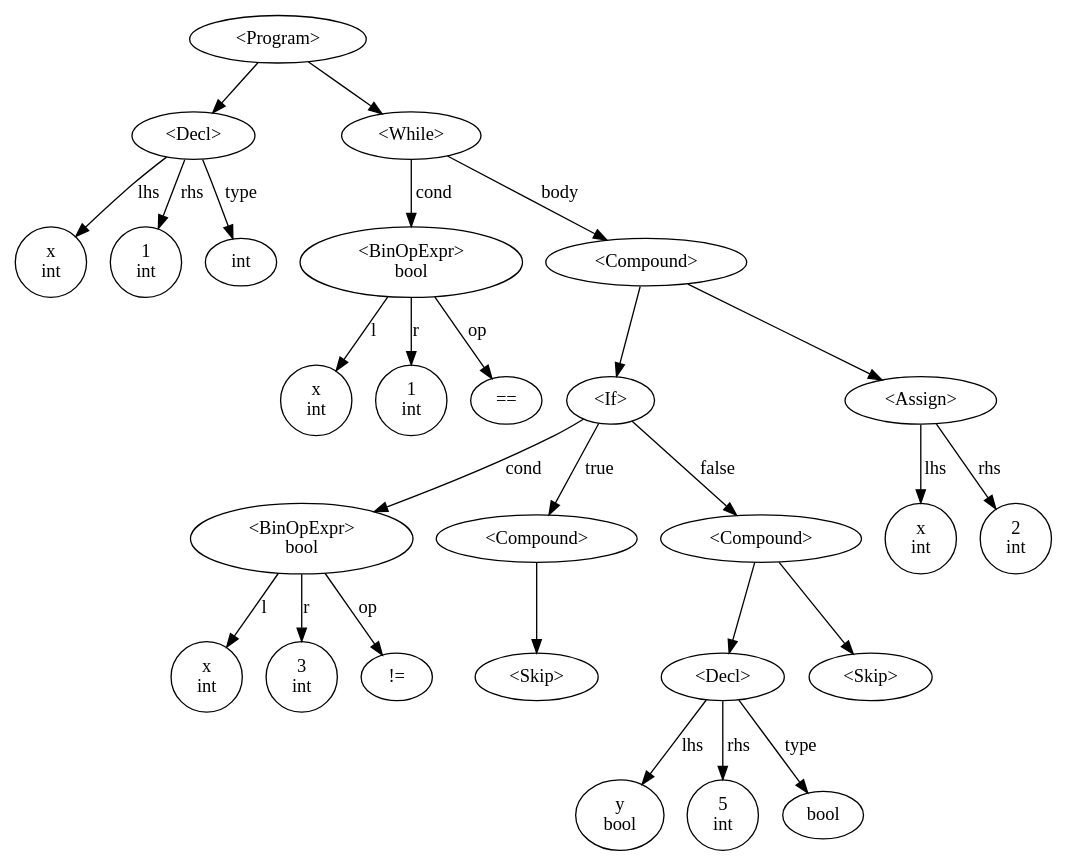
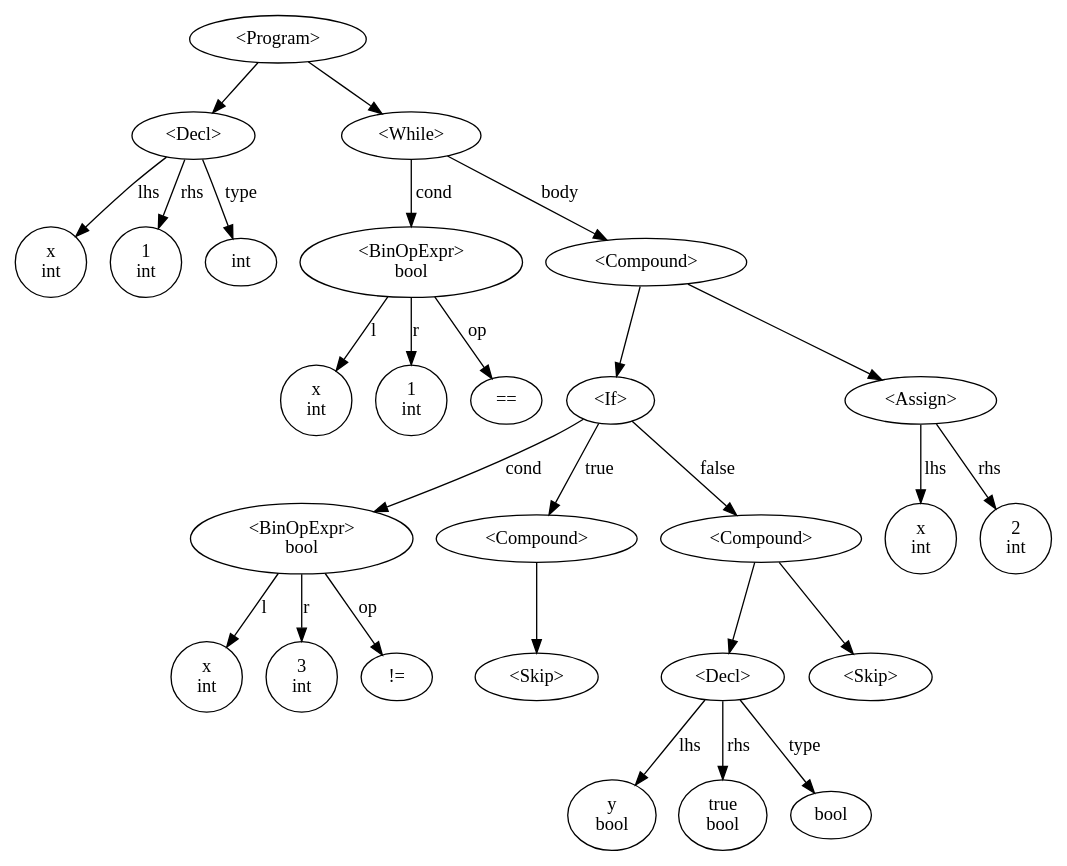
The diagram in ast.dot (timll/while-analysis), drawn with Graphviz before and after one commit. The commit also changed 16 other files, not shown here.

Commit message:
add true/false

```diff
--- a/ast.dot
+++ b/ast.dot
@@ -1,67 +1,67 @@
 digraph {
-n20919344[label="x
+n6546544[label="x
 int"]
-n20921360[label="1
+n6548688[label="1
 int"]
-n20921168[label="<Decl>"]
-n20921168type[label="int"]
-n20921536[label="x
+n6548496[label="<Decl>"]
+n6548496type[label="int"]
+n6548864[label="x
 int"]
-n20921616[label="1
+n6548944[label="1
 int"]
-n20921648[label="<BinOpExpr>
+n6548976[label="<BinOpExpr>
 bool"]
-n20921648op[label="=="]
-n20921792[label="x
+n6548976op[label="=="]
+n6549120[label="x
 int"]
-n20921872[label="3
+n6549200[label="3
 int"]
-n20921904[label="<BinOpExpr>
+n6549232[label="<BinOpExpr>
 bool"]
-n20921904op[label="!="]
-n20922016[label="<Skip>"]
-n20921984[label="<Compound>"]
-n20921488[label="y
+n6549232op[label="!="]
+n6549344[label="<Skip>"]
+n6549312[label="<Compound>"]
+n6548816[label="y
 bool"]
-n20922288[label="5
+n6549616[label="true
+bool"]
+n6548592[label="<Decl>"]
+n6548592type[label="bool"]
+n6549712[label="<Skip>"]
+n6549472[label="<Compound>"]
+n6548400[label="<If>"]
+n6549568[label="x
 int"]
-n20921264[label="<Decl>"]
-n20921264type[label="bool"]
-n20922384[label="<Skip>"]
-n20922144[label="<Compound>"]
-n20921072[label="<If>"]
-n20922240[label="x
+n6549984[label="2
 int"]
-n20922656[label="2
-int"]
-n20922688[label="<Assign>"]
-n20921728[label="<Compound>"]
-n20922448[label="<While>"]
-n20920848[label="<Program>"]
-n20921168->n20919344[label="lhs"]
-n20921168->n20921360[label="rhs"]
-n20921168->n20921168type[label="type"]
-n20921648->n20921536[label="l"]
-n20921648->n20921648op[label="op"]
-n20921648->n20921616[label="r"]
-n20921904->n20921792[label="l"]
-n20921904->n20921904op[label="op"]
-n20921904->n20921872[label="r"]
-n20921984->n20922016[label=""]
-n20921264->n20921488[label="lhs"]
-n20921264->n20922288[label="rhs"]
-n20921264->n20921264type[label="type"]
-n20922144->n20921264[label=""]
-n20922144->n20922384[label=""]
-n20921072->n20921904[label="cond"]
-n20921072->n20921984[label="true"]
-n20921072->n20922144[label="false"]
-n20922688->n20922240[label="lhs"]
-n20922688->n20922656[label="rhs"]
-n20921728->n20921072[label=""]
-n20921728->n20922688[label=""]
-n20922448->n20921648[label="cond"]
-n20922448->n20921728[label="body"]
-n20920848->n20921168[label=""]
-n20920848->n20922448[label=""]
+n6550016[label="<Assign>"]
+n6549056[label="<Compound>"]
+n6549776[label="<While>"]
+n6548176[label="<Program>"]
+n6548496->n6546544[label="lhs"]
+n6548496->n6548688[label="rhs"]
+n6548496->n6548496type[label="type"]
+n6548976->n6548864[label="l"]
+n6548976->n6548976op[label="op"]
+n6548976->n6548944[label="r"]
+n6549232->n6549120[label="l"]
+n6549232->n6549232op[label="op"]
+n6549232->n6549200[label="r"]
+n6549312->n6549344[label=""]
+n6548592->n6548816[label="lhs"]
+n6548592->n6549616[label="rhs"]
+n6548592->n6548592type[label="type"]
+n6549472->n6548592[label=""]
+n6549472->n6549712[label=""]
+n6548400->n6549232[label="cond"]
+n6548400->n6549312[label="true"]
+n6548400->n6549472[label="false"]
+n6550016->n6549568[label="lhs"]
+n6550016->n6549984[label="rhs"]
+n6549056->n6548400[label=""]
+n6549056->n6550016[label=""]
+n6549776->n6548976[label="cond"]
+n6549776->n6549056[label="body"]
+n6548176->n6548496[label=""]
+n6548176->n6549776[label=""]
 }
```
